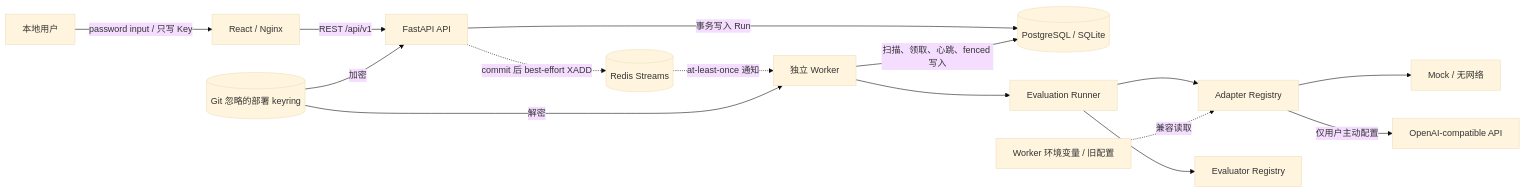
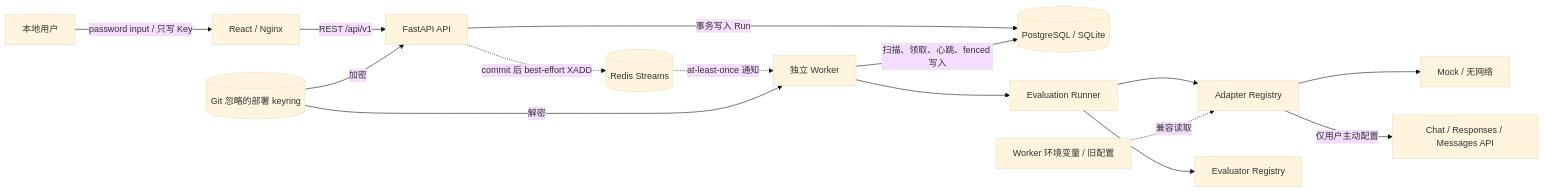
One commit to CWNU-Open-Source-Community/LLMBenchLab changed the diagram in README.md. Above: the diagram before and after it, drawn with Mermaid (base theme). The commit also changed other lines of this file and 58 other files, not shown here.

Commit message:
feat: support explicit provider API protocols

````diff
--- a/README.md
+++ b/README.md
@@ -64,17 +64,17 @@
 ```mermaid
 flowchart LR
     User[本地用户] -->|password input / 只写 Key| Web[React / Nginx]
     Web -->|REST /api/v1| API[FastAPI API]
     API -->|事务写入 Run| DB[(PostgreSQL / SQLite)]
     API -.->|commit 后 best-effort XADD| Redis[(Redis Streams)]
     Redis -.->|at-least-once 通知| Worker[独立 Worker]
     Worker -->|扫描、领取、心跳、fenced 写入| DB
     Worker --> Runner[Evaluation Runner]
     Keyring[(Git 忽略的部署 keyring)] -->|加密| API
     Keyring -->|解密| Worker
     Runner --> Adapters[Adapter Registry]
     Runner --> Evaluators[Evaluator Registry]
     Adapters --> Mock[Mock / 无网络]
-    Adapters -->|仅用户主动配置| Provider[OpenAI-compatible API]
+    Adapters -->|仅用户主动配置| Provider[Chat / Responses / Messages API]
     WorkerEnv[Worker 环境变量 / 旧配置] -.->|兼容读取| Adapters
 ```
````
